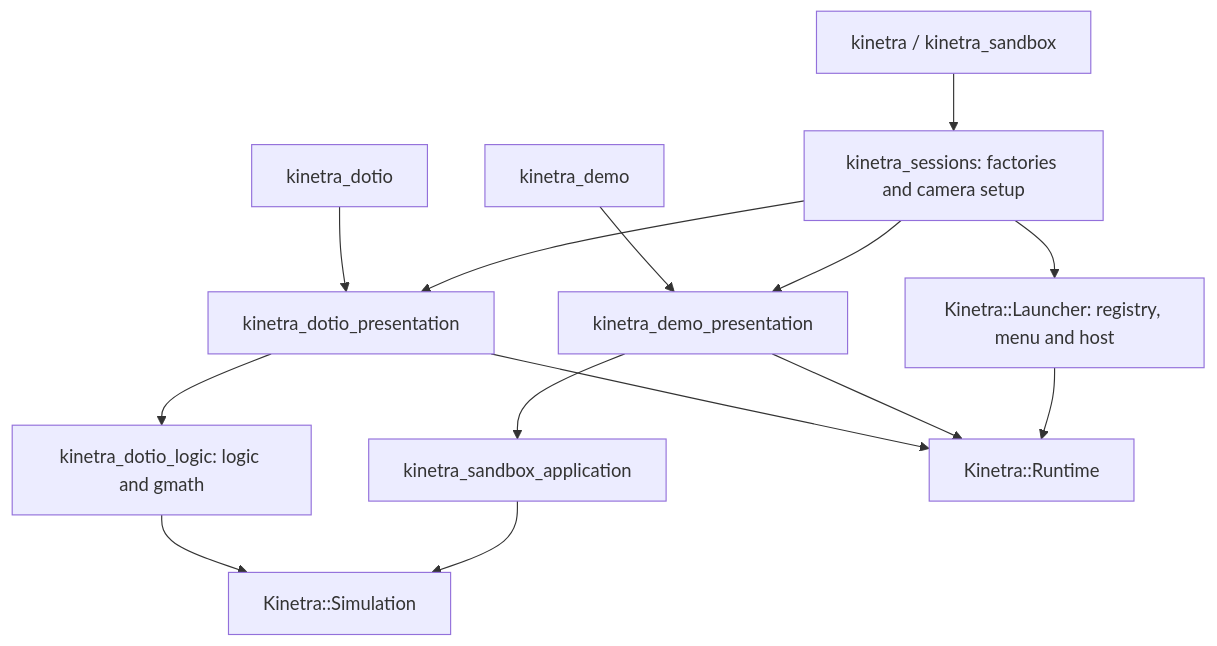
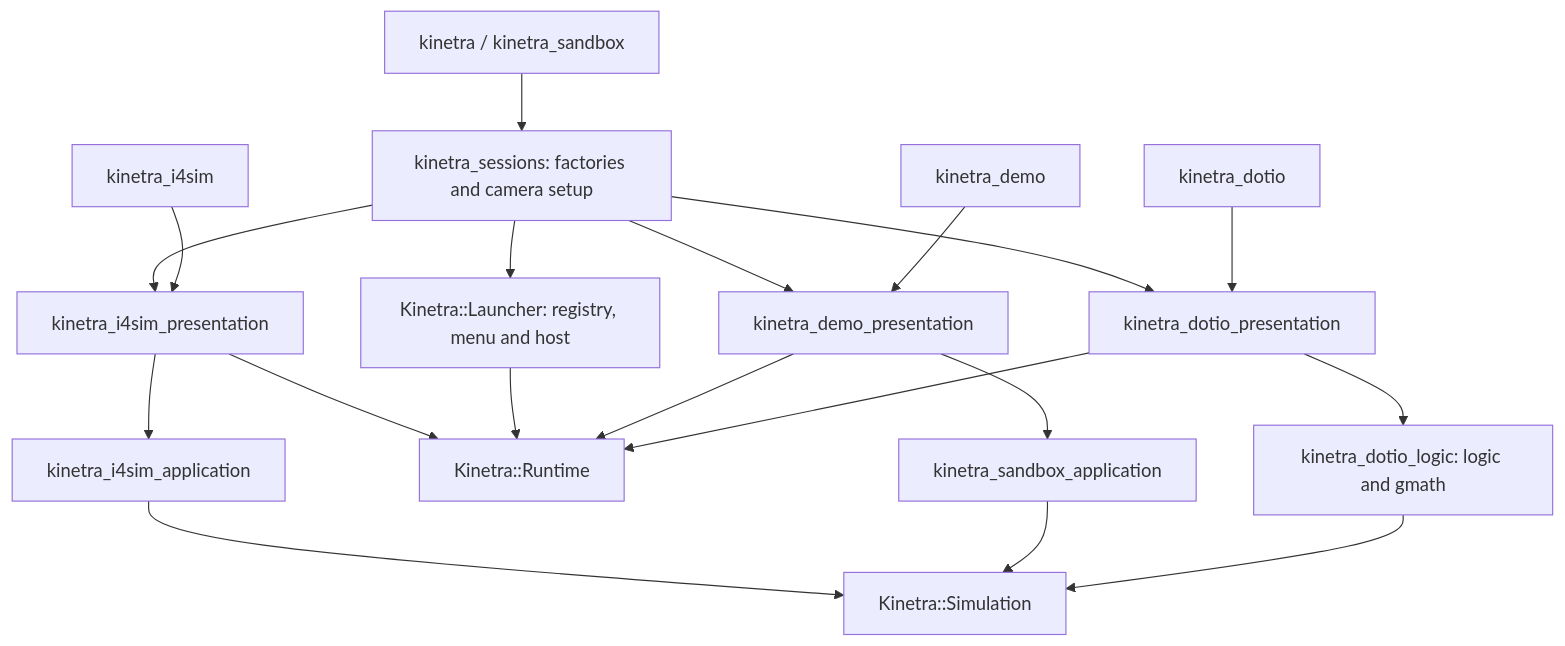
The first of 2 diagrams in docs/architecture.md (SMB-M87/Kinetra-Lab), drawn with Mermaid before and after one commit. The commit also changed other lines of this file and 47 other files, not shown here.

````diff
--- a/docs/architecture.md
+++ b/docs/architecture.md
@@ -15,16 +15,21 @@
 ```mermaid
 flowchart TD
     Bundled[kinetra / kinetra_sandbox] --> Sessions[kinetra_sessions: factories and camera setup]
     Sessions --> Launcher[Kinetra::Launcher: registry, menu and host]
     Sessions --> Demo[kinetra_demo_presentation]
     Sessions --> Dotio[kinetra_dotio_presentation]
+    Sessions --> Factory[kinetra_i4sim_presentation]
+    FactoryExe[kinetra_i4sim] --> Factory
+    Factory --> FactoryLogic[kinetra_i4sim_application]
+    FactoryLogic --> Sim
+    Factory --> Runtime
     DemoExe[kinetra_demo] --> Demo
     DotioExe[kinetra_dotio] --> Dotio
     Demo --> Sandbox[kinetra_sandbox_application]
     Dotio --> Logic[kinetra_dotio_logic: logic and gmath]
     Sandbox --> Sim[Kinetra::Simulation]
     Logic --> Sim
     Launcher --> Runtime[Kinetra::Runtime]
     Demo --> Runtime
     Dotio --> Runtime
 ```
````
